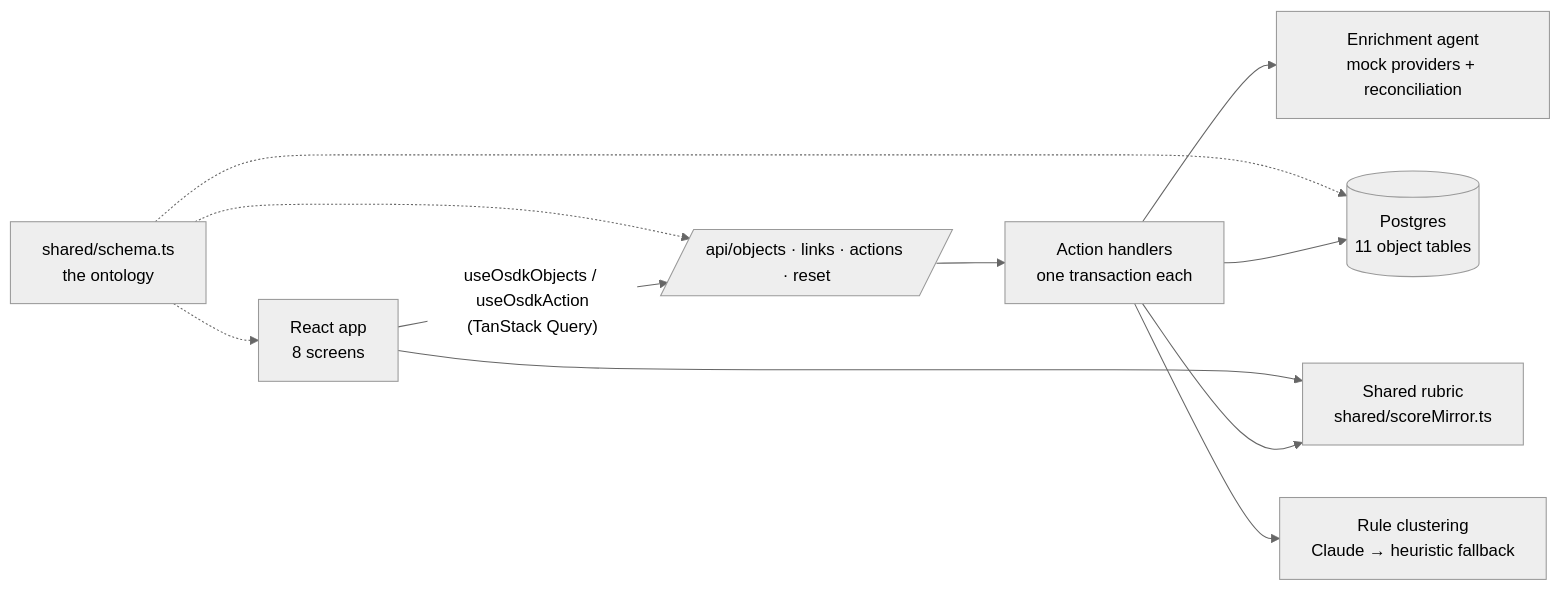
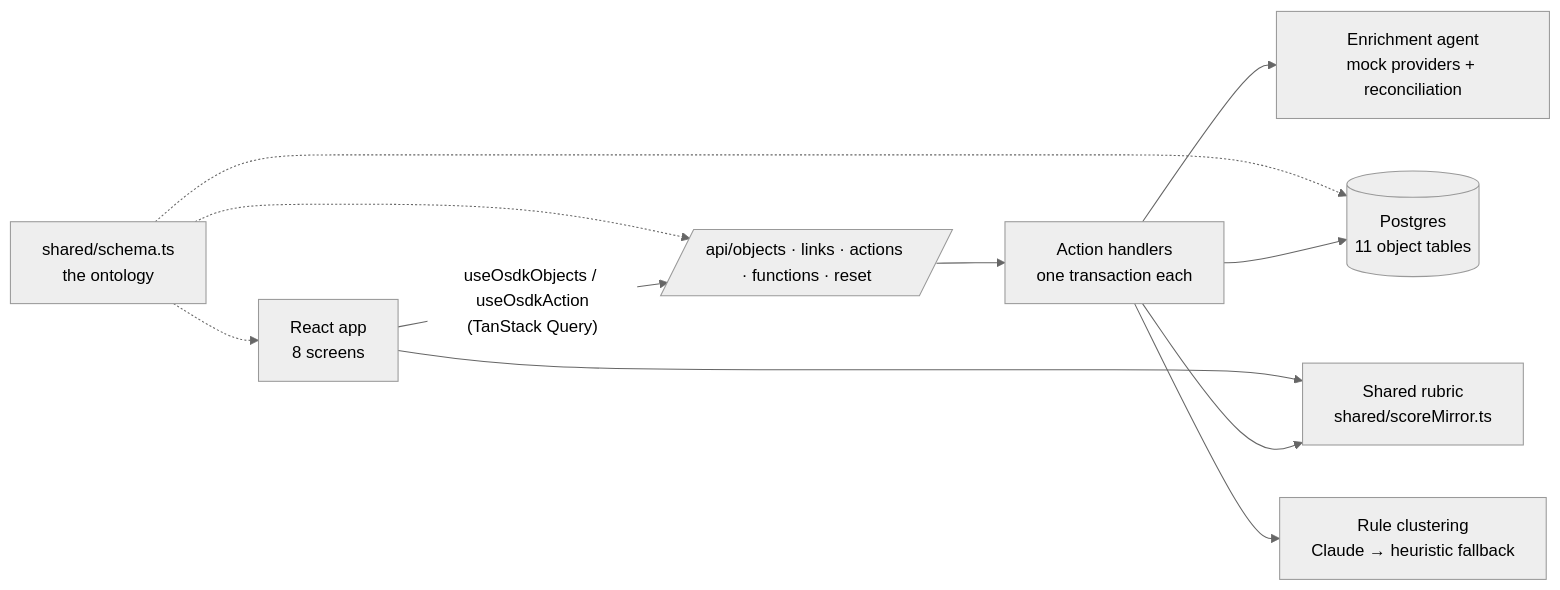
Before and after one commit to llukehanna/beacon: the diagram in README.md, drawn with Mermaid (neutral theme). The commit also changed 53 other files, not shown here.

First line of the commit message:
Page object reads, add server query functions, scope action invalidation

````diff
--- a/README.md
+++ b/README.md
@@ -28,13 +28,13 @@
 ```mermaid
 flowchart LR
-  UI[React app<br/>8 screens] -- "useOsdkObjects / useOsdkAction<br/>(TanStack Query)" --> API[/api/objects · links · actions · reset/]
+  UI[React app<br/>8 screens] -- "useOsdkObjects / useOsdkAction<br/>(TanStack Query)" --> API[/api/objects · links · actions · functions · reset/]
   API --> Actions[Action handlers<br/>one transaction each]
   Actions --> Rubric[Shared rubric<br/>shared/scoreMirror.ts]
   UI --> Rubric
   Actions --> Agent[Enrichment agent<br/>mock providers + reconciliation]
   Actions --> Cluster[Rule clustering<br/>Claude → heuristic fallback]
   Actions --> PG[(Postgres<br/>11 object tables)]
   Schema[shared/schema.ts<br/>the ontology] -.-> PG
   Schema -.-> API
   Schema -.-> UI
 ```
````
